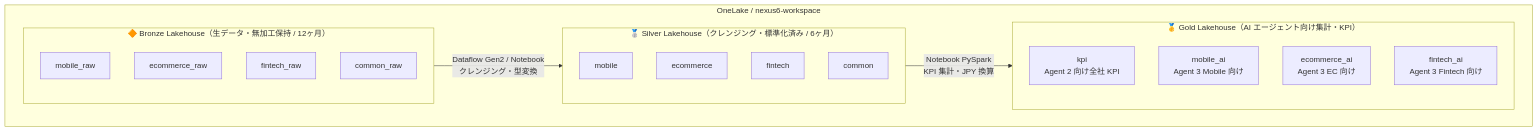
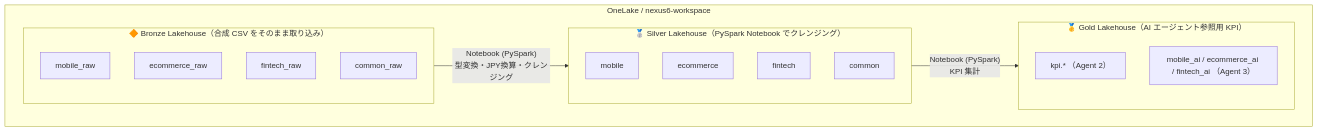
Before and after one commit to Takas0522/nexus6-se-workshop: the first of 2 diagrams in docs/dev-plan/06-fabric-data-ingestion.md, drawn with Mermaid. The commit also changed other lines of this file and 14 other files, not shown here.

````diff
--- a/docs/dev-plan/06-fabric-data-ingestion.md
+++ b/docs/dev-plan/06-fabric-data-ingestion.md
@@ -21,25 +23,23 @@
 ```mermaid
 graph TD
     subgraph OL["OneLake / nexus6-workspace"]
-        subgraph Bronze["🔶 Bronze Lakehouse（生データ・無加工保持 / 12ヶ月）"]
+        subgraph Bronze["🔶 Bronze Lakehouse（合成 CSV をそのまま取り込み）"]
             B1[mobile_raw]
             B2[ecommerce_raw]
             B3[fintech_raw]
             B4[common_raw]
         end
-        subgraph Silver["🥈 Silver Lakehouse（クレンジング・標準化済み / 6ヶ月）"]
+        subgraph Silver["🥈 Silver Lakehouse（PySpark Notebook でクレンジング）"]
             S1[mobile]
             S2[ecommerce]
             S3[fintech]
             S4[common]
         end
-        subgraph Gold["🥇 Gold Lakehouse（AI エージェント向け集計・KPI）"]
-            G1["kpi\nAgent 2 向け全社 KPI"]
-            G2["mobile_ai\nAgent 3 Mobile 向け"]
-            G3["ecommerce_ai\nAgent 3 EC 向け"]
-            G4["fintech_ai\nAgent 3 Fintech 向け"]
+        subgraph Gold["🥇 Gold Lakehouse（AI エージェント参照用 KPI）"]
+            G1["kpi.* （Agent 2）"]
+            G2["mobile_ai / ecommerce_ai / fintech_ai （Agent 3）"]
         end
     end
-    Bronze -->|"Dataflow Gen2 / Notebook\nクレンジング・型変換"| Silver
-    Silver -->|"Notebook PySpark\nKPI 集計・JPY 換算"| Gold
+    Bronze -->|"Notebook (PySpark)\n型変換・JPY換算・クレンジング"| Silver
+    Silver -->|"Notebook (PySpark)\nKPI 集計"| Gold
 ```
````
